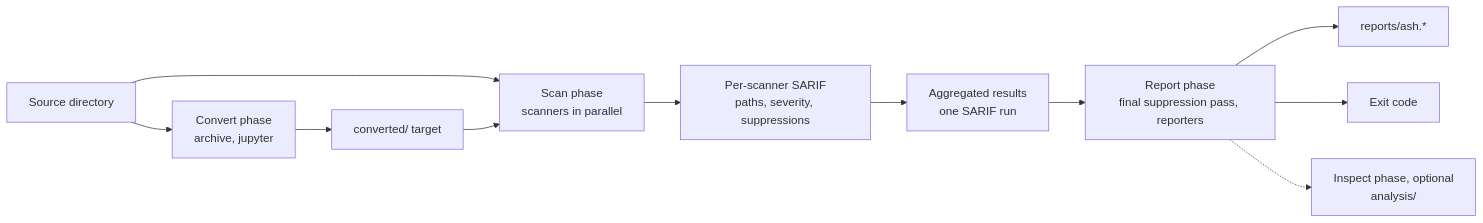
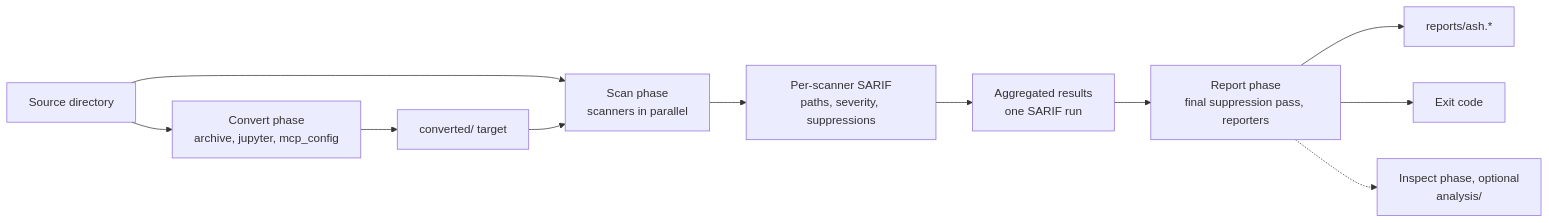
The diagram in docs/content/concepts/how-ash-works.md (awslabs/automated-security-helper), drawn with Mermaid before and after one commit. The commit also changed other lines of this file and 12 other files, not shown here.

First line of the commit message:
docs: register the MCP config scanner and converter in the generated references

````diff
--- a/docs/content/concepts/how-ash-works.md
+++ b/docs/content/concepts/how-ash-works.md
@@ -9,13 +9,13 @@
 ```mermaid
 flowchart LR
-    src[Source directory] --> convert[Convert phase<br/>archive, jupyter]
+    src[Source directory] --> convert[Convert phase<br/>archive, jupyter, mcp_config]
     convert --> conv[converted/ target]
     src --> scan
     conv --> scan[Scan phase<br/>scanners in parallel]
     scan --> sarif[Per-scanner SARIF<br/>paths, severity, suppressions]
     sarif --> merged[Aggregated results<br/>one SARIF run]
     merged --> report[Report phase<br/>final suppression pass, reporters]
     report --> out[reports/ash.*]
     report --> code[Exit code]
     report -.-> inspect[Inspect phase, optional<br/>analysis/]
 ```
````
